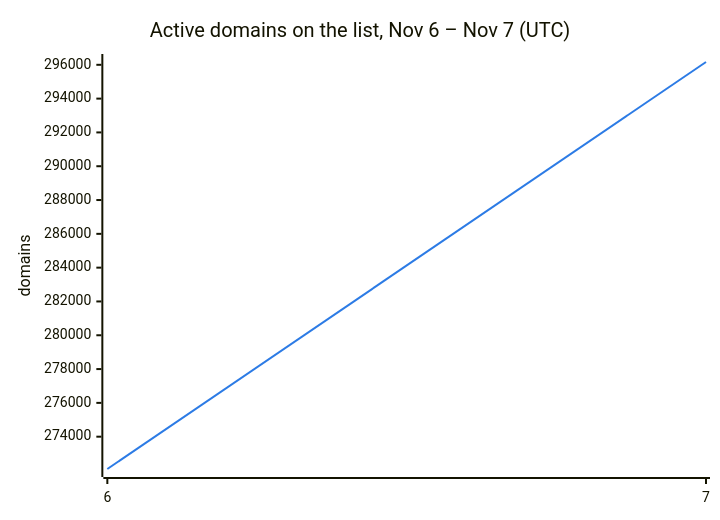
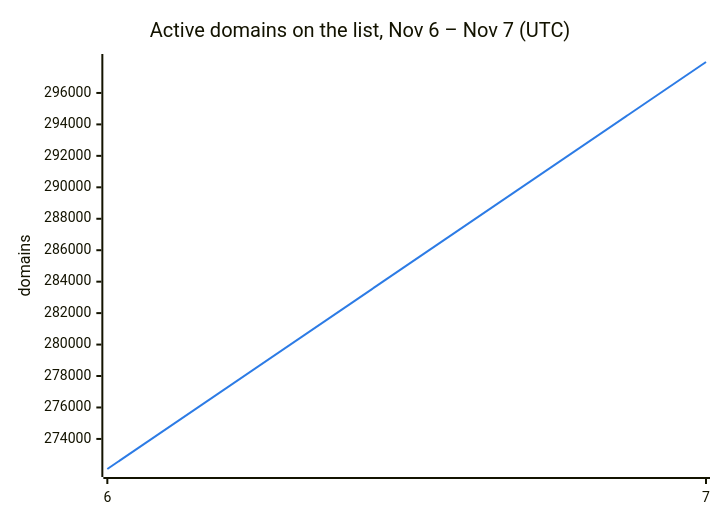
One commit to DNSBunker/CTI changed the second of 3 diagrams in README.md. Above: the diagram before and after it, drawn with Mermaid. The commit also changed other lines of this file and 3 other files, not shown here.

````diff
--- a/README.md
+++ b/README.md
@@ -38,8 +38,8 @@
 ```mermaid
 %%{init: {"themeVariables": {"xyChart": {"plotColorPalette": "#2c7be5"}}}}%%
 xychart-beta
     title "Active domains on the list, Nov 6 – Nov 7 (UTC)"
     x-axis ["6", "7"]
     y-axis "domains"
-    line [272088, 296166]
+    line [272088, 297968]
 ```
````
